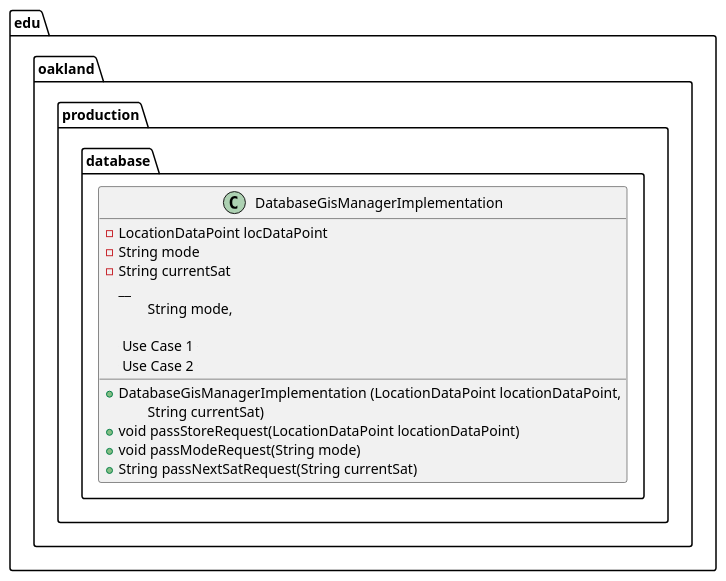
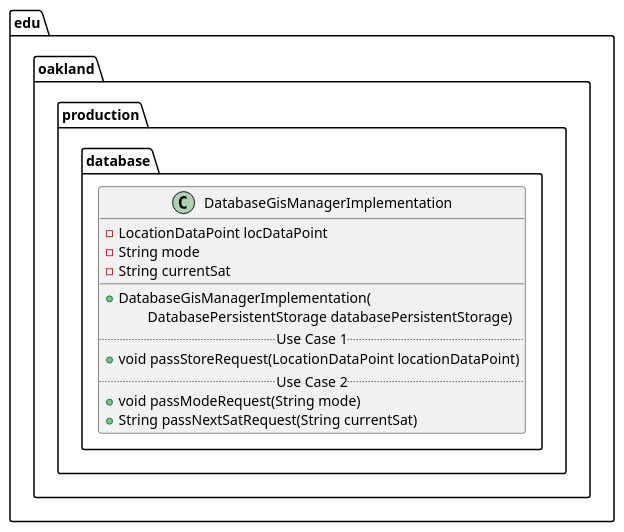
The diagram in docs/uml-class-diagrams/database/production/DatabaseGisManagerImplementation/DatabaseGisManagerImplementation.puml (elilley15/csi-3370-software-project), drawn with PlantUML before and after one commit. The commit also changed 37 other files, not shown here.

First line of the commit message:
[Database] Define DatabaseGisManagerTests (#81)

```diff
--- a/docs/uml-class-diagrams/database/production/DatabaseGisManagerImplementation/DatabaseGisManagerImplementation.puml
+++ b/docs/uml-class-diagrams/database/production/DatabaseGisManagerImplementation/DatabaseGisManagerImplementation.puml
@@ -1,21 +1,19 @@
 @startuml DatabaseGisManagerImplementation
 
 package edu.oakland.production.database {
     class DatabaseGisManagerImplementation {
-    	- LocationDataPoint locDataPoint
-    	- String mode
-    	- String currentSat
-          __
-        + DatabaseGisManagerImplementation (LocationDataPoint locationDataPoint, 
-        \tString mode, 
-        \tString currentSat)
-        
+        - LocationDataPoint locDataPoint
+        - String mode
+        - String currentSat
+        __
+        + DatabaseGisManagerImplementation(
+        \tDatabasePersistentStorage databasePersistentStorage)
         .. Use Case 1 ..
         + void passStoreRequest(LocationDataPoint locationDataPoint)
         .. Use Case 2 ..
         + void passModeRequest(String mode)
         + String passNextSatRequest(String currentSat)
     }
 }
 
 @enduml
```
